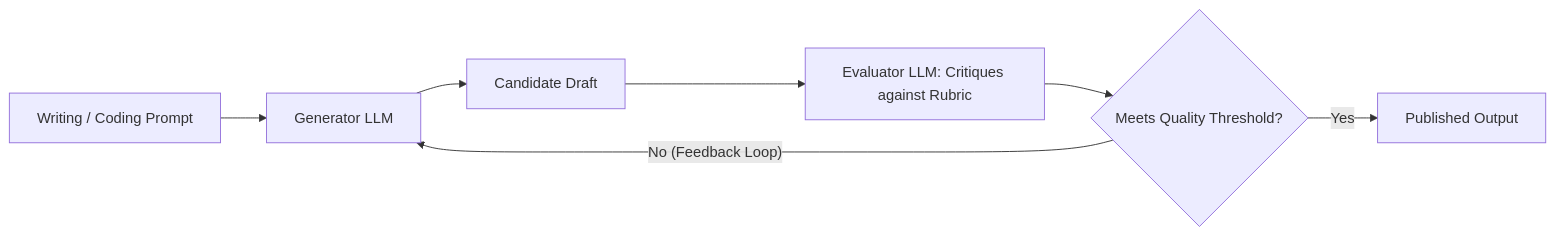
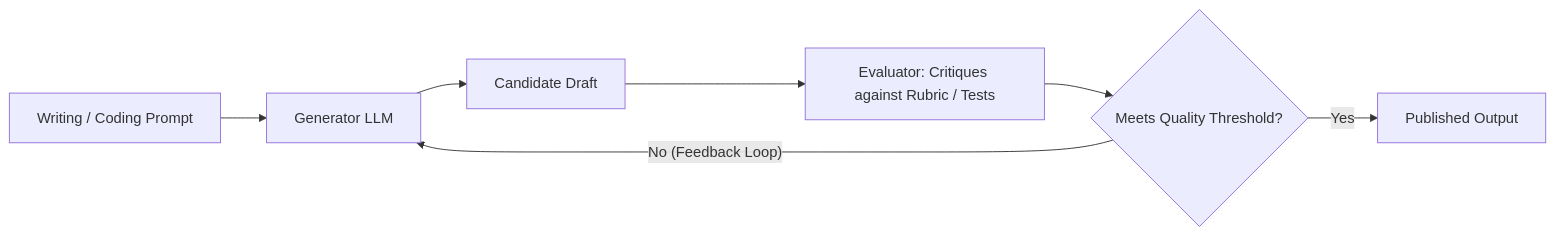
Before and after one commit to sivaskm/agentic-ai-engineering: the tenth of 14 diagrams in module-01-agentic-ai-foundations/content/01-from-generative-ai-to-agentic-control-loops.md, drawn with Mermaid. The commit also changed other lines of this file and 8 other files, not shown here.

````diff
--- a/module-01-agentic-ai-foundations/content/01-from-generative-ai-to-agentic-control-loops.md
+++ b/module-01-agentic-ai-foundations/content/01-from-generative-ai-to-agentic-control-loops.md
@@ -305,9 +328,9 @@
 ```mermaid
 flowchart LR
     Task[Writing / Coding Prompt] --> Gen[Generator LLM]
     Gen --> Candidate[Candidate Draft]
-    Candidate --> Eval[Evaluator LLM: Critiques against Rubric]
+    Candidate --> Eval[Evaluator: Critiques against Rubric / Tests]
     Eval --> Check{Meets Quality Threshold?}
     Check -- No (Feedback Loop) --> Gen
     Check -- Yes --> Final[Published Output]
 ```
````
